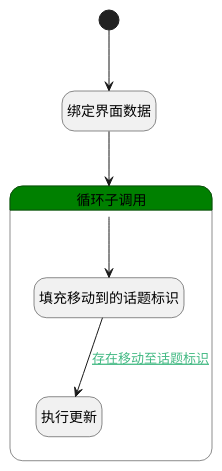
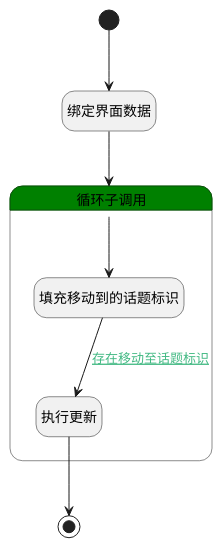
The diagram in doc/docsify/module/team/discuss_post/logic/move.md (iBizLab/plm), drawn with PlantUML before and after one commit. The commit also changed other lines of this file and 901 other files, not shown here.

````diff
--- a/doc/docsify/module/team/discuss_post/logic/move.md
+++ b/doc/docsify/module/team/discuss_post/logic/move.md
@@ -7,26 +7,28 @@
 ```plantuml
 @startuml
 hide empty description
 <style>
 root {
   HyperlinkColor #42b983
 }
 </style>
 
 hide empty description
 state "开始" as Begin <<start>> [[$./move#begin {"开始"}]]
 state "绑定界面数据" as BINDPARAM1  [[$./move#bindparam1 {"绑定界面数据"}]]
+state "结束" as END1 <<end>> [[$./move#end1 {"结束"}]]
 state "循环子调用" as LOOPSUBCALL1  [[$./move#loopsubcall1 {"循环子调用"}]] #green {
 state "填充移动到的话题标识" as PREPAREPARAM1  [[$./move#prepareparam1 {"填充移动到的话题标识"}]]
 state "执行更新" as DEACTION1  [[$./move#deaction1 {"执行更新"}]]
 }
 
 
 Begin --> BINDPARAM1
 BINDPARAM1 --> LOOPSUBCALL1
 LOOPSUBCALL1 --> PREPAREPARAM1
 PREPAREPARAM1 --> DEACTION1 : [[$./move#prepareparam1-deaction1{存在移动至话题标识} 存在移动至话题标识]]
+DEACTION1 --> END1
 
 
 @enduml
 ```
````
